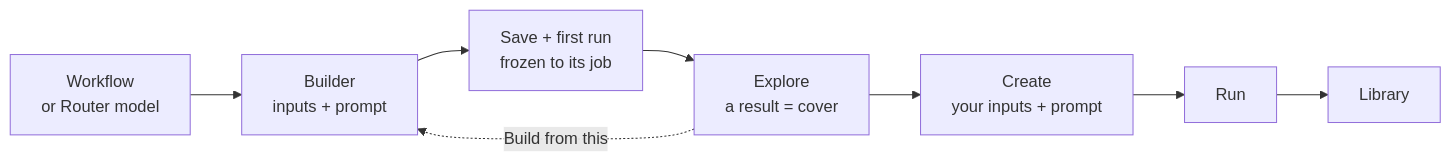
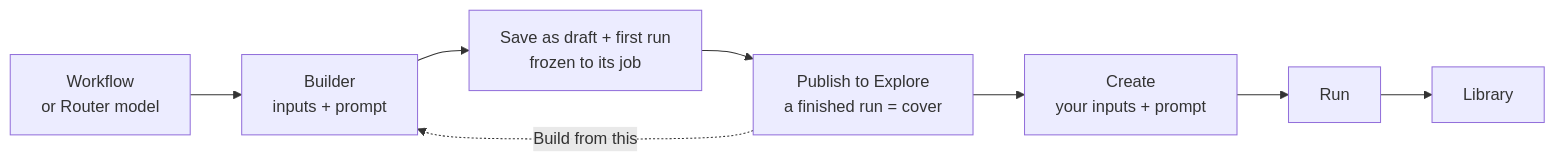
One commit to GETHUK-BIGEMPEROR/OpenIllusion changed the second of 5 diagrams in README.md. Above: the diagram before and after it, drawn with Mermaid. The commit also changed other lines of this file and 30 other files, not shown here.

````diff
--- a/README.md
+++ b/README.md
@@ -470,10 +475,10 @@
 ```mermaid
 flowchart LR
   SRC["Workflow<br/>or Router model"] --> BU["Builder<br/>inputs + prompt"]
-  BU --> SV["Save + first run<br/>frozen to its job"]
-  SV --> EX["Explore<br/>a result = cover"]
+  BU --> SV["Save as draft + first run<br/>frozen to its job"]
+  SV --> EX["Publish to Explore<br/>a finished run = cover"]
   EX --> CR["Create<br/>your inputs + prompt"]
   CR --> RUN["Run"]
   RUN --> LIB["Library"]
   EX -. "Build from this" .-> BU
 ```
````
